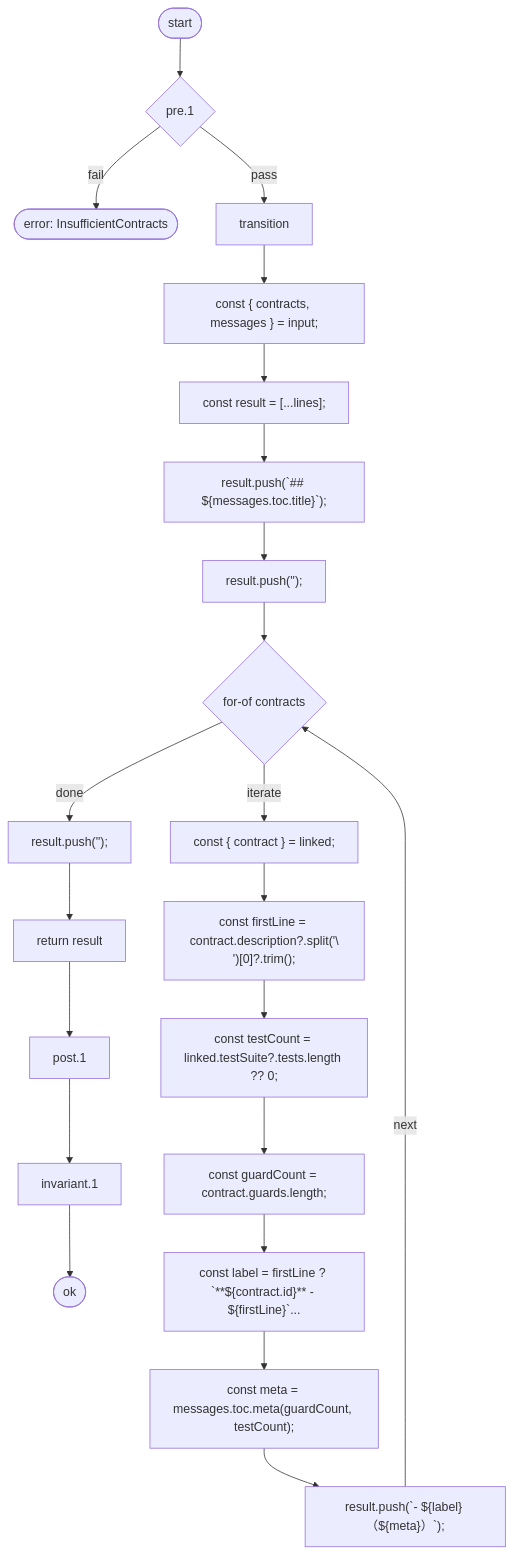
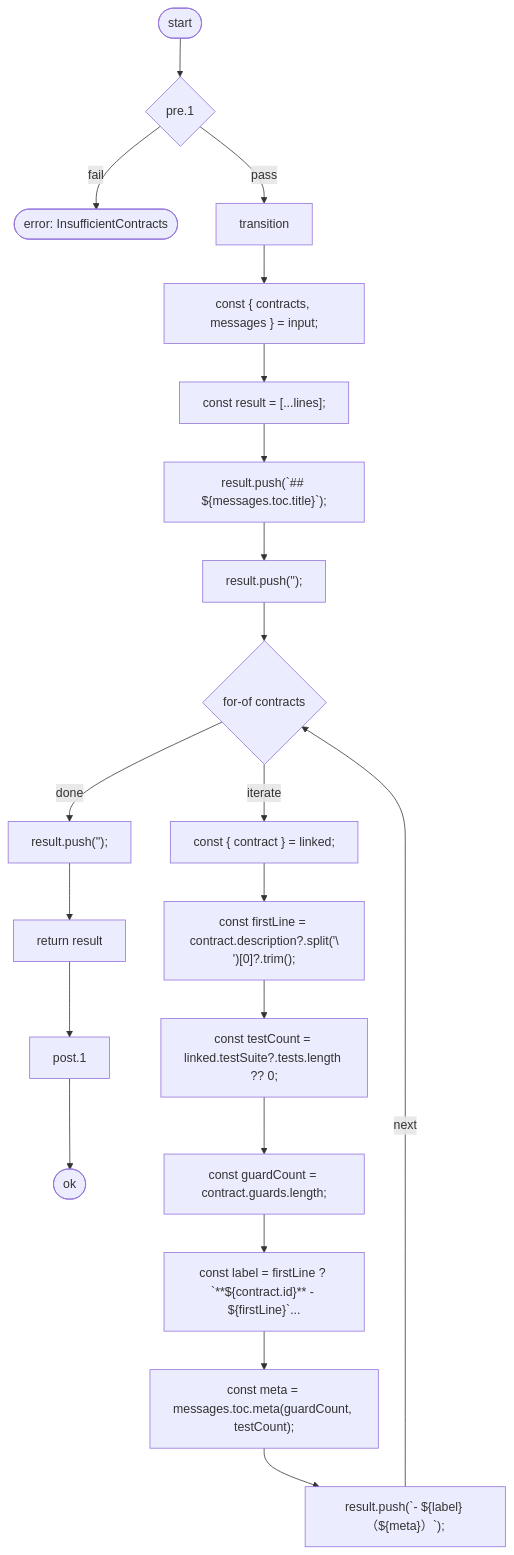
One commit to fyuuki0jp/seizu changed diagram 11 of 13 in packages/kata-cli/docs/contracts.md. Above: the diagram before and after it, drawn with Mermaid. The commit also changed other lines of this file and 42 other files, not shown here.

````diff
--- a/packages/kata-cli/docs/contracts.md
+++ b/packages/kata-cli/docs/contracts.md
@@ -1405,45 +755,43 @@
 ```mermaid
 flowchart TD
   n1(["start"])
   n2(["ok"])
   n3{"pre.1"}
   n4(["error: InsufficientContracts"])
   n5["transition"]
   n6["const { contracts, messages } = input;"]
   n7["const result = [...lines];"]
   n8["result.push(`## ${messages.toc.title}`);"]
   n9["result.push('');"]
   n10{"for-of contracts"}
   n11["const { contract } = linked;"]
   n12["const firstLine = contract.description?.split('\\n')[0]?.trim();"]
   n13["const testCount = linked.testSuite?.tests.length ?? 0;"]
   n14["const guardCount = contract.guards.length;"]
   n15["const label = firstLine ? `**${contract.id}** - ${firstLine}`..."]
   n16["const meta = messages.toc.meta(guardCount, testCount);"]
   n17["result.push(`- ${label} （${meta}）`);"]
   n18["result.push('');"]
   n19["return result"]
   n20["post.1"]
-  n21["invariant.1"]
   n1 --> n3
   n3 -->|fail| n4
   n3 -->|pass| n5
   n5 --> n6
   n6 --> n7
   n7 --> n8
   n8 --> n9
   n9 --> n10
   n10 -->|iterate| n11
   n10 -->|done| n18
   n11 --> n12
   n12 --> n13
   n13 --> n14
   n14 --> n15
   n15 --> n16
   n16 --> n17
   n17 -->|next| n10
   n18 --> n19
   n19 --> n20
-  n20 --> n21
-  n21 --> n2
+  n20 --> n2
 ```
````
